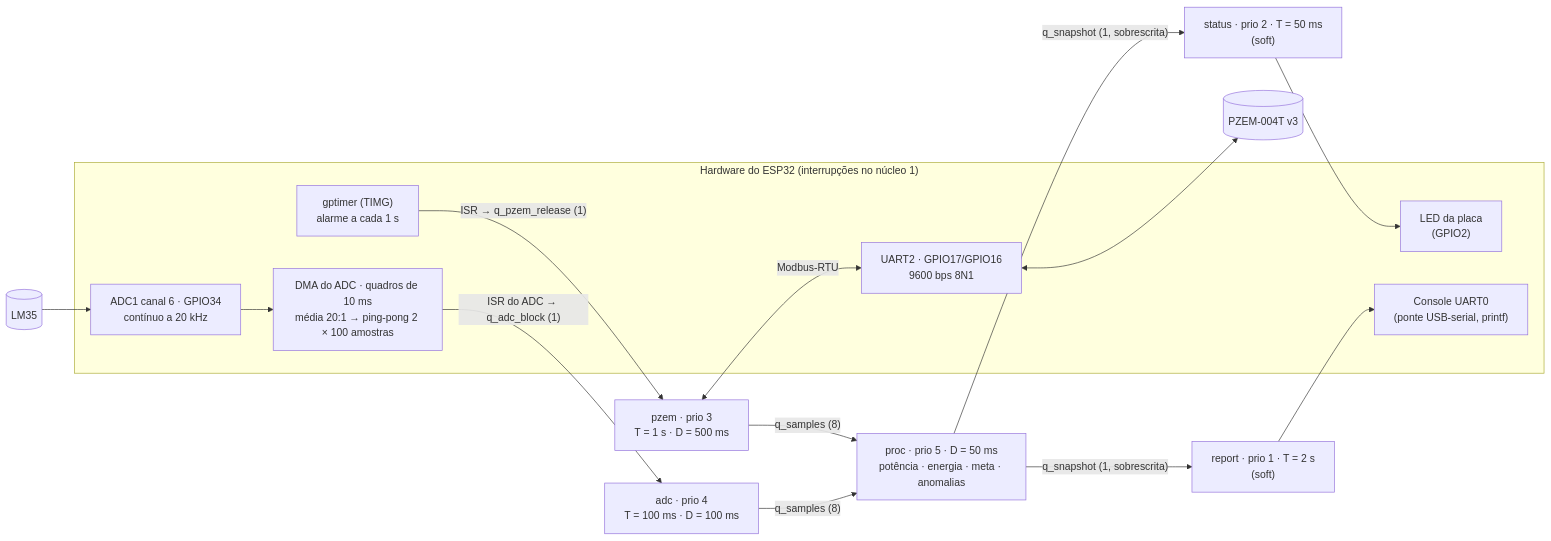
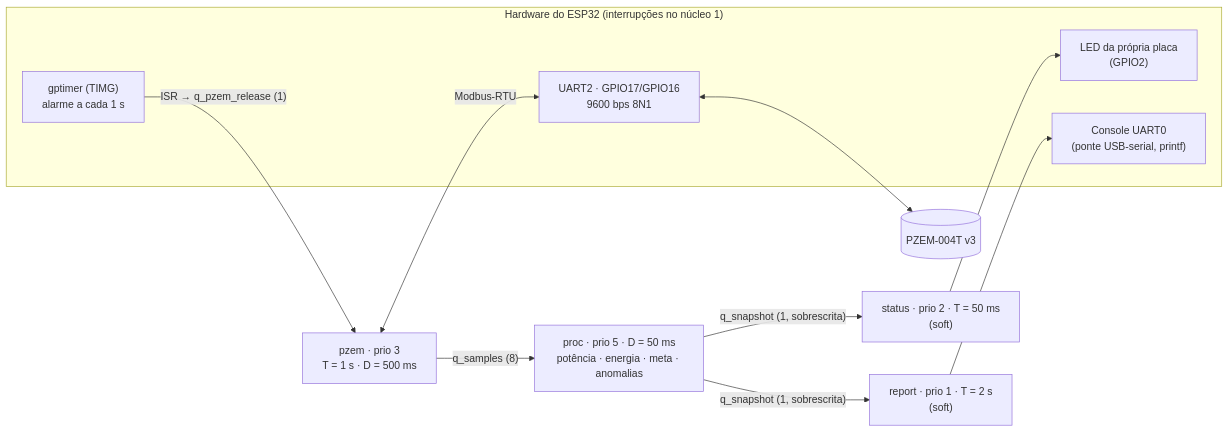
One commit to MatheusNobreM/Embedded_System_Project_2026.2 changed the first of 2 diagrams in energytrack-fw-3.2/docs/diagrama-tarefas.md. Above: the diagram before and after it, drawn with Mermaid. The commit also changed other lines of this file and 43 other files, not shown here.

First line of the commit message:
T-014 aquisicao-processamento: remove o LM35 e a aquisição por ADC + DMA

````diff
--- a/energytrack-fw-3.2/docs/diagrama-tarefas.md
+++ b/energytrack-fw-3.2/docs/diagrama-tarefas.md
@@ -13,31 +13,23 @@
 ```mermaid
 flowchart LR
     subgraph HW["Hardware do ESP32 (interrupções no núcleo 1)"]
         TMR["gptimer (TIMG)<br/>alarme a cada 1 s"]
-        ADC["ADC1 canal 6 · GPIO34<br/>contínuo a 20 kHz"]
-        DMA["DMA do ADC · quadros de 10 ms<br/>média 20:1 → ping-pong 2 × 100 amostras"]
         UART["UART2 · GPIO17/GPIO16<br/>9600 bps 8N1"]
-        LED["LED da placa<br/>(GPIO2)"]
+        LED["LED da própria placa<br/>(GPIO2)"]
         CON["Console UART0<br/>(ponte USB-serial, printf)"]
     end
     PZEMDEV[("PZEM-004T v3")]
-    LM35DEV[("LM35")]
 
     TMR -- "ISR → q_pzem_release (1)" --> PZEM
-    LM35DEV --> ADC
-    ADC --> DMA
-    DMA -- "ISR do ADC → q_adc_block (1)" --> ADCT
 
     PZEM["pzem · prio 3<br/>T = 1 s · D = 500 ms"] <-- "Modbus-RTU" --> UART
     UART <--> PZEMDEV
-    ADCT["adc · prio 4<br/>T = 100 ms · D = 100 ms"]
 
     PZEM -- "q_samples (8)" --> PROC
-    ADCT -- "q_samples (8)" --> PROC
     PROC["proc · prio 5 · D = 50 ms<br/>potência · energia · meta · anomalias"]
 
     PROC -- "q_snapshot (1, sobrescrita)" --> STATUS
     PROC -- "q_snapshot (1, sobrescrita)" --> REPORT
     STATUS["status · prio 2 · T = 50 ms<br/>(soft)"] --> LED
     REPORT["report · prio 1 · T = 2 s<br/>(soft)"] --> CON
 ```
````
